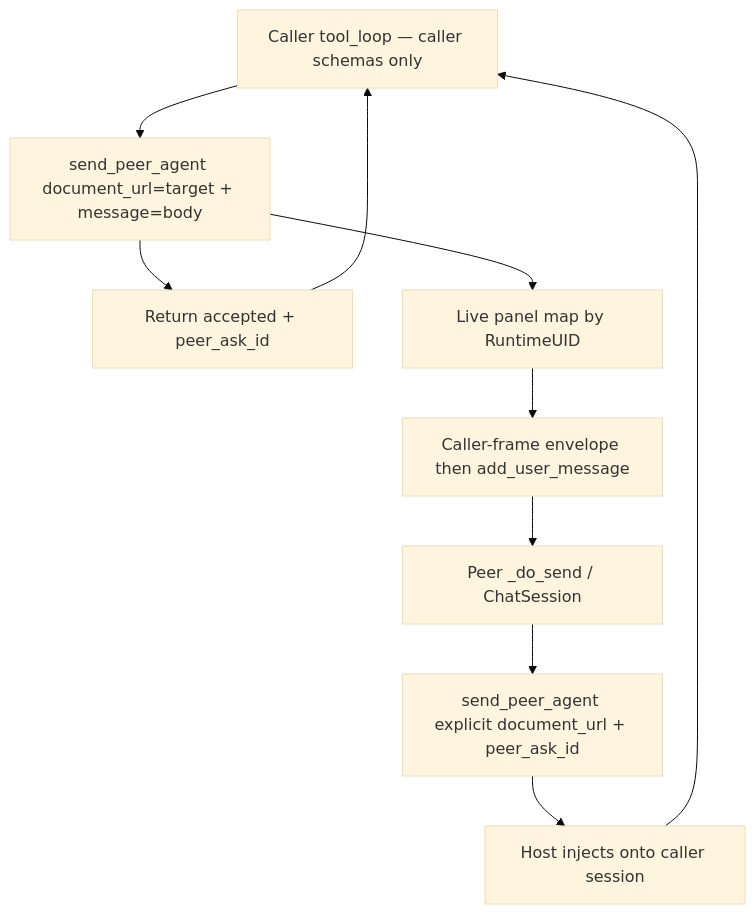
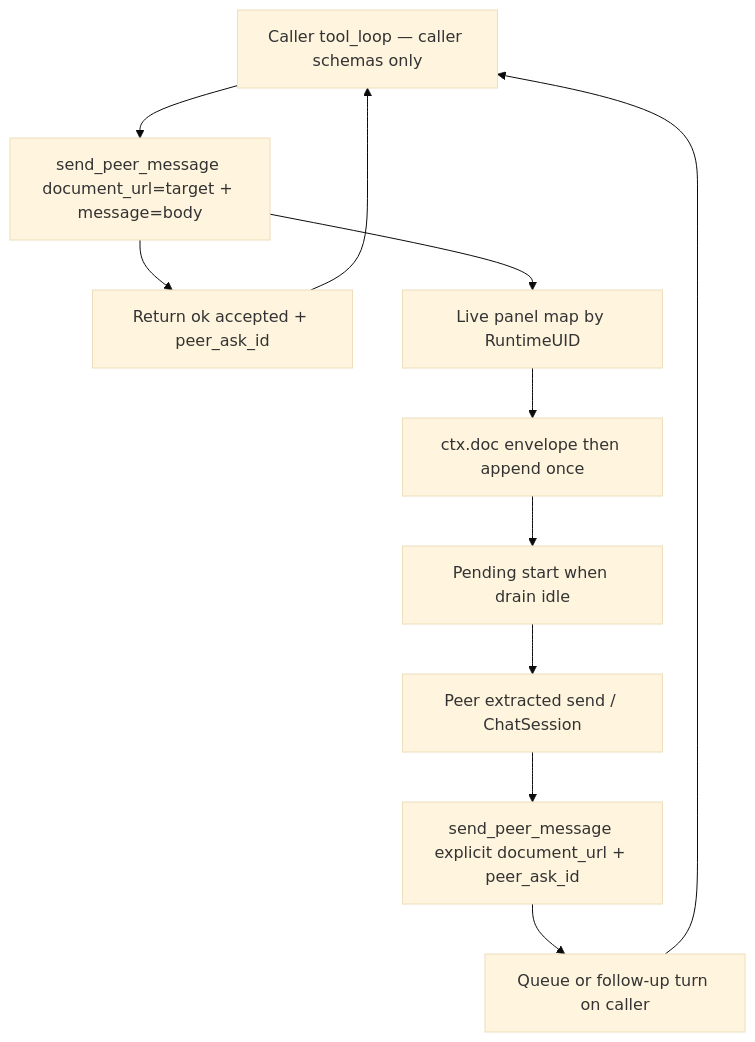
One commit to KeithCu/localwriter changed the second of 2 diagrams in docs/chat/peer-messaging.md. Above: the diagram before and after it, drawn with Mermaid (base theme). The commit also changed other lines of this file, not shown here.

````diff
--- a/docs/chat/peer-messaging.md
+++ b/docs/chat/peer-messaging.md
@@ -240,14 +315,15 @@
 ```mermaid
 flowchart TD
   Caller["Caller tool_loop — caller schemas only"]
-  Send["send_peer_agent document_url=target + message=body"]
-  Accept["Return accepted + peer_ask_id"]
+  Send["send_peer_message document_url=target + message=body"]
+  Accept["Return ok accepted + peer_ask_id"]
   Map["Live panel map by RuntimeUID"]
-  Inject["Caller-frame envelope then add_user_message"]
-  PeerSend["Peer _do_send / ChatSession"]
-  Reply["send_peer_agent explicit document_url + peer_ask_id"]
-  Back["Host injects onto caller session"]
+  Inject["ctx.doc envelope then append once"]
+  Sched["Pending start when drain idle"]
+  PeerSend["Peer extracted send / ChatSession"]
+  Reply["send_peer_message explicit document_url + peer_ask_id"]
+  Back["Queue or follow-up turn on caller"]
 
   Caller --> Send --> Accept --> Caller
-  Send --> Map --> Inject --> PeerSend --> Reply --> Back --> Caller
+  Send --> Map --> Inject --> Sched --> PeerSend --> Reply --> Back --> Caller
 ```
````
